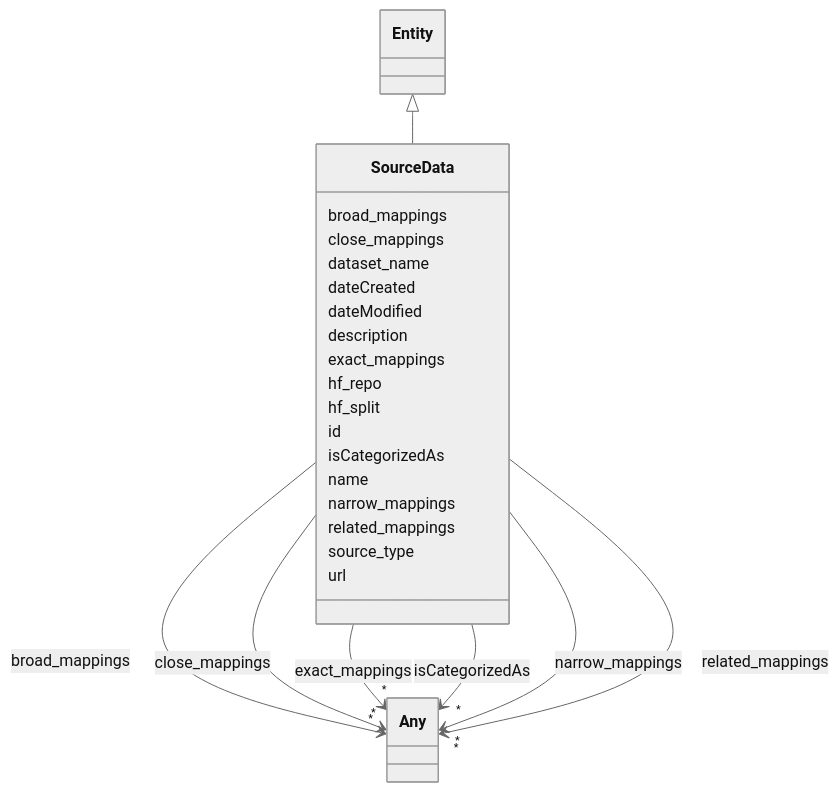
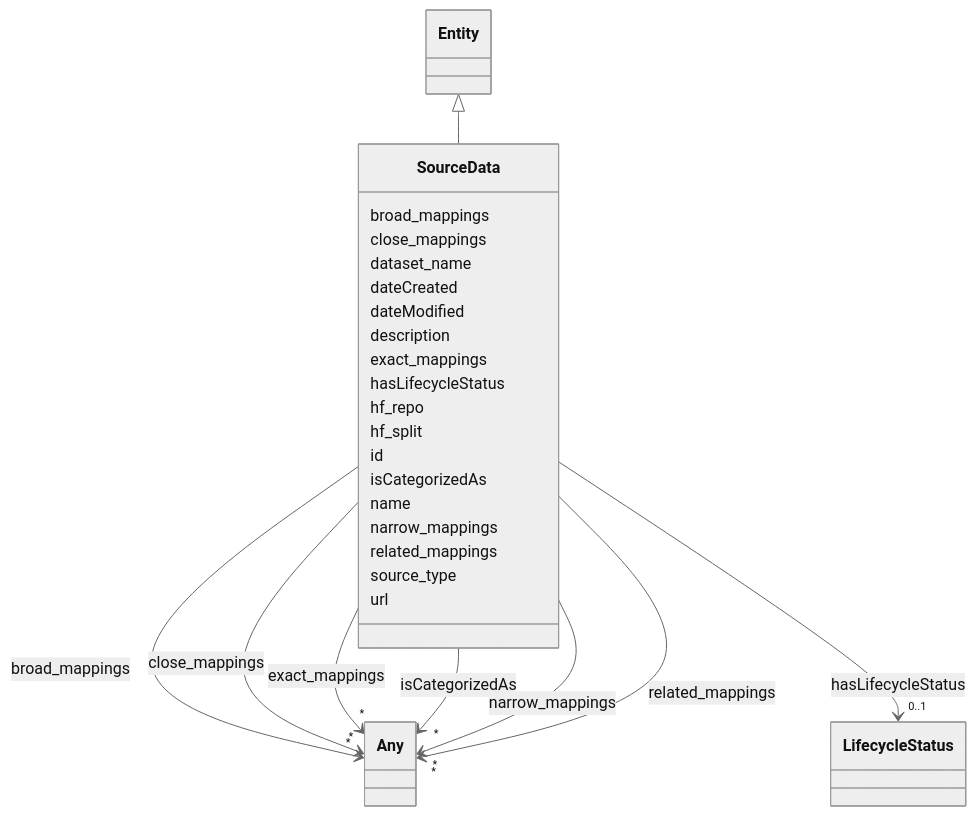
Before and after one commit to ingelise/risk-atlas-nexus: the diagram in docs/ontology/SourceData.md, drawn with Mermaid (neutral theme). The commit also changed other lines of this file and 206 other files, not shown here.

```diff
--- a/docs/ontology/SourceData.md
+++ b/docs/ontology/SourceData.md
@@ -56,6 +56,17 @@
 
         SourceData --> "*" Any : exact_mappings
         click Any href "../Any/"
+
+
+
+      SourceData : hasLifecycleStatus
+
+
+
+
+
+        SourceData --> "0..1" LifecycleStatus : hasLifecycleStatus
+        click LifecycleStatus href "../LifecycleStatus/"
 
 
 
```
